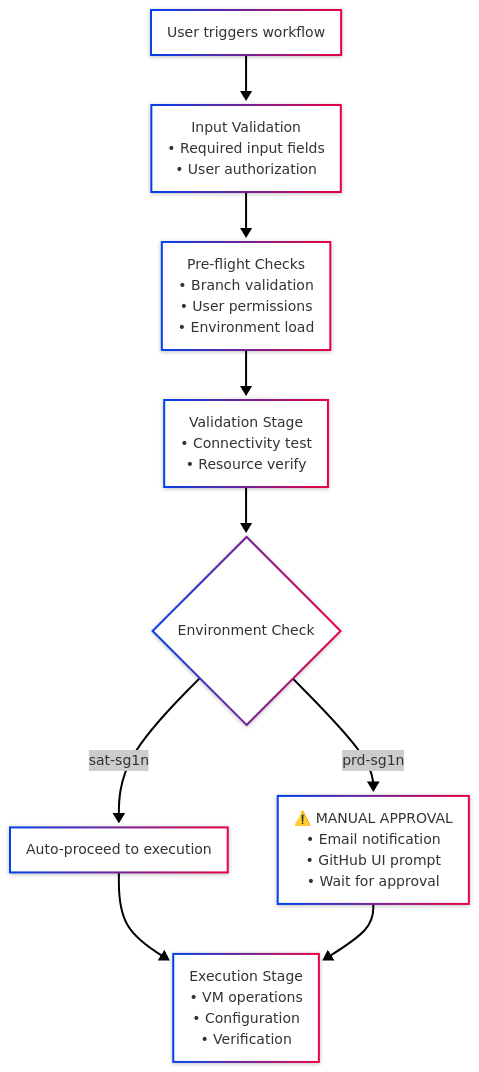
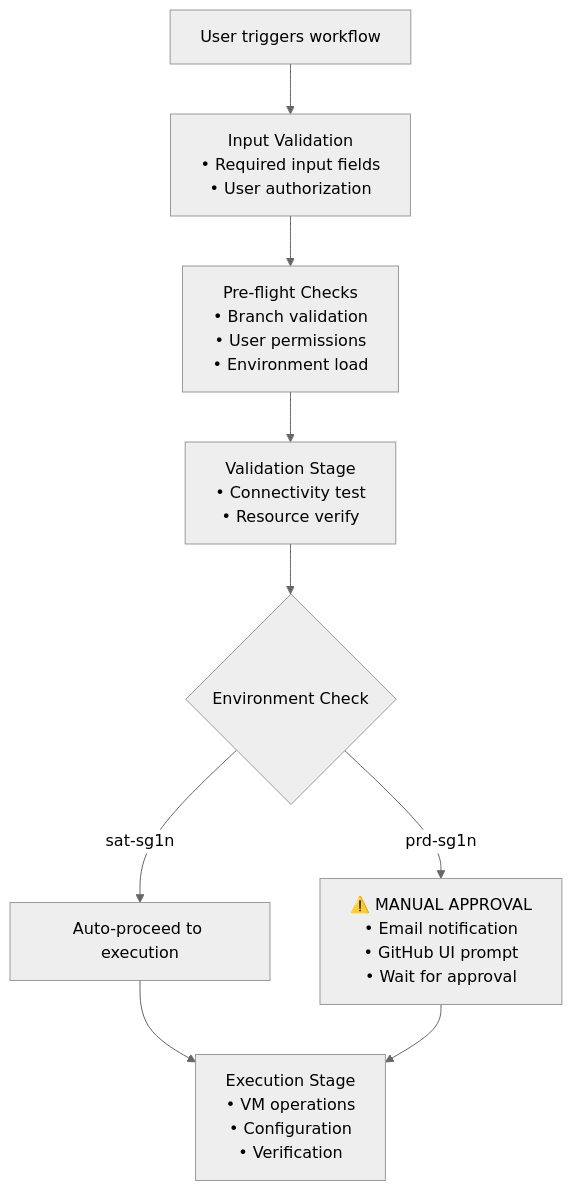
One commit to MercuryBridge/iac-vsphere changed the diagram in docs/architecture.md. Above: the diagram before and after it, drawn with Mermaid.

````diff
--- a/docs/architecture.md
+++ b/docs/architecture.md
@@ -244,16 +244,15 @@
 ```mermaid
 ---
 config:
-  look: neo
-  theme: neo
+  theme: neutral
 ---
 flowchart TD
     A[User triggers workflow] --> B[Input Validation<br/>• Required input fields<br/>• User authorization]
     B --> C[Pre-flight Checks<br/>• Branch validation<br/>• User permissions<br/>• Environment load]
     C --> D[Validation Stage<br/>• Connectivity test<br/>• Resource verify]
     D --> E{Environment Check}
     E -->|sat-sg1n| F[Auto-proceed to execution]
     E -->|prd-sg1n| G[⚠️ MANUAL APPROVAL<br/>• Email notification<br/>• GitHub UI prompt<br/>• Wait for approval]
     F --> H[Execution Stage<br/>• VM operations<br/>• Configuration<br/>• Verification]
     G --> H
 ```
````
